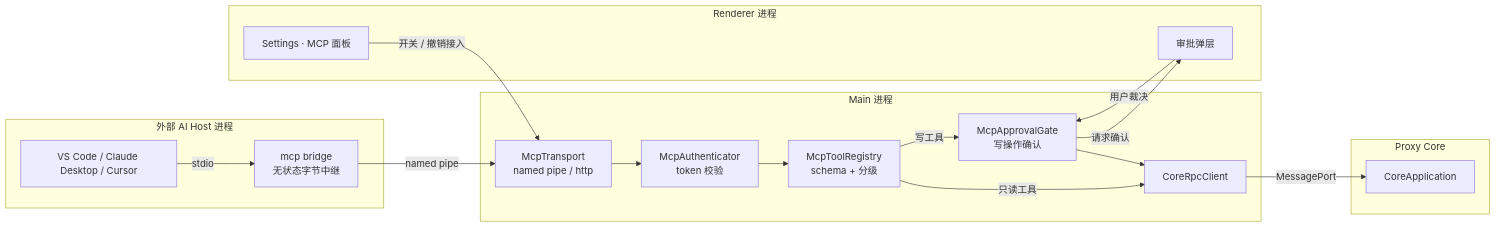
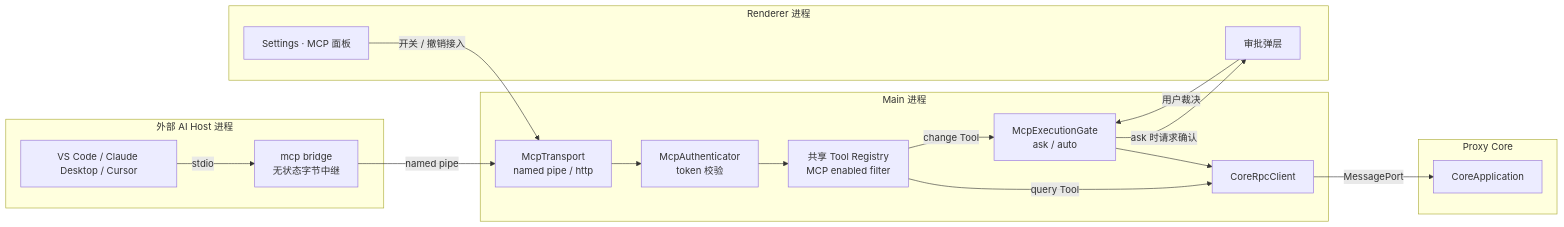
One commit to zhxmt-xm/Interceptor changed the first of 9 diagrams in architecture/features/mcp.md. Above: the diagram before and after it, drawn with Mermaid. The commit also changed other lines of this file and 14 other files, not shown here.

Commit message:
docs(agent): define shared tool capability roadmap

````diff
--- a/architecture/features/mcp.md
+++ b/architecture/features/mcp.md
@@ -31,35 +37,35 @@
 ```mermaid
 flowchart LR
     subgraph EXT["外部 AI Host 进程"]
         HOST["VS Code / Claude Desktop / Cursor"]
         BRIDGE["mcp bridge<br/>无状态字节中继"]
     end
 
     subgraph M["Main 进程"]
         LISTEN["McpTransport<br/>named pipe / http"]
         AUTH["McpAuthenticator<br/>token 校验"]
-        REG["McpToolRegistry<br/>schema + 分级"]
-        GATE["McpApprovalGate<br/>写操作确认"]
+        REG["共享 Tool Registry<br/>MCP enabled filter"]
+        GATE["McpExecutionGate<br/>ask / auto"]
         RPCC["CoreRpcClient"]
     end
 
     subgraph R["Renderer 进程"]
         PANEL["Settings · MCP 面板"]
         MODAL["审批弹层"]
     end
 
     subgraph C["Proxy Core"]
         APP["CoreApplication"]
     end
 
     HOST -->|stdio| BRIDGE
     BRIDGE -->|"named pipe"| LISTEN
     LISTEN --> AUTH --> REG
-    REG -->|"只读工具"| RPCC
-    REG -->|"写工具"| GATE
-    GATE -->|"请求确认"| MODAL
+    REG -->|"query Tool"| RPCC
+    REG -->|"change Tool"| GATE
+    GATE -->|"ask 时请求确认"| MODAL
     MODAL -->|"用户裁决"| GATE
     GATE --> RPCC
     RPCC -->|MessagePort| APP
     PANEL -->|"开关 / 撤销接入"| LISTEN
 ```
````
